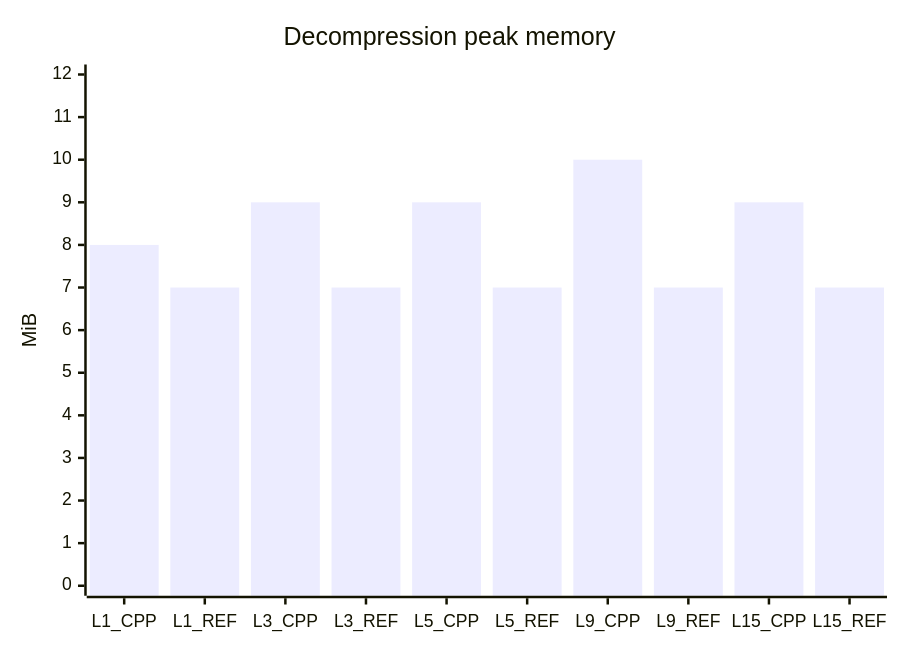
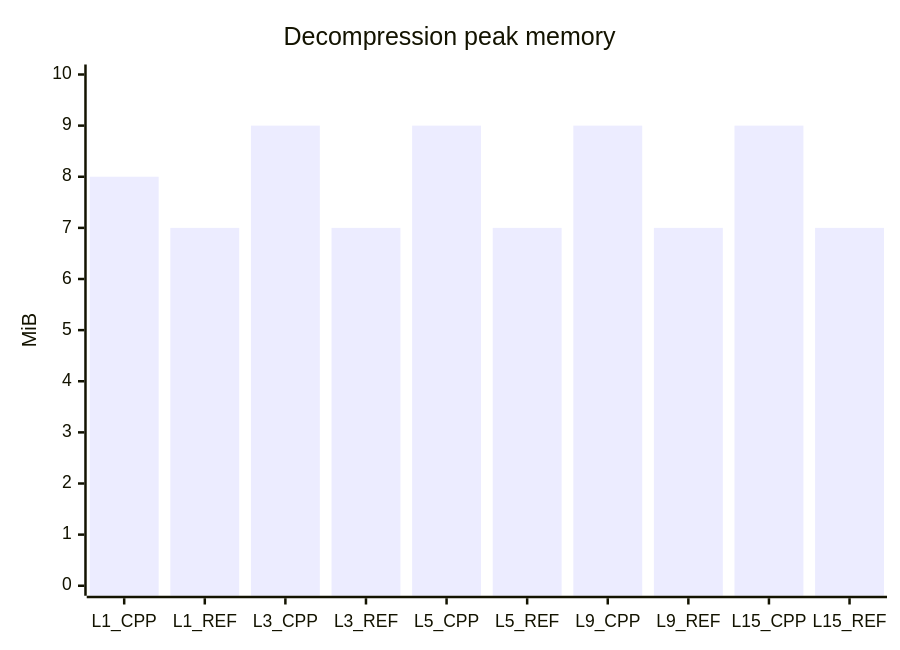
The sixth of 7 diagrams in README.md (mheyman/zstdpp), drawn with Mermaid before and after one commit. The commit also changed other lines of this file, not shown here.

````diff
--- a/README.md
+++ b/README.md
@@ -186,7 +186,7 @@
 ```mermaid
 xychart-beta
     title "Decompression peak memory"
     x-axis [L1_CPP, L1_REF, L3_CPP, L3_REF, L5_CPP, L5_REF, L9_CPP, L9_REF, L15_CPP, L15_REF]
-    y-axis "MiB" 0 --> 12
-    bar [8, 7, 9, 7, 9, 7, 10, 7, 9, 7]
+    y-axis "MiB" 0 --> 10
+    bar [8, 7, 9, 7, 9, 7, 9, 7, 9, 7]
 ```
````
